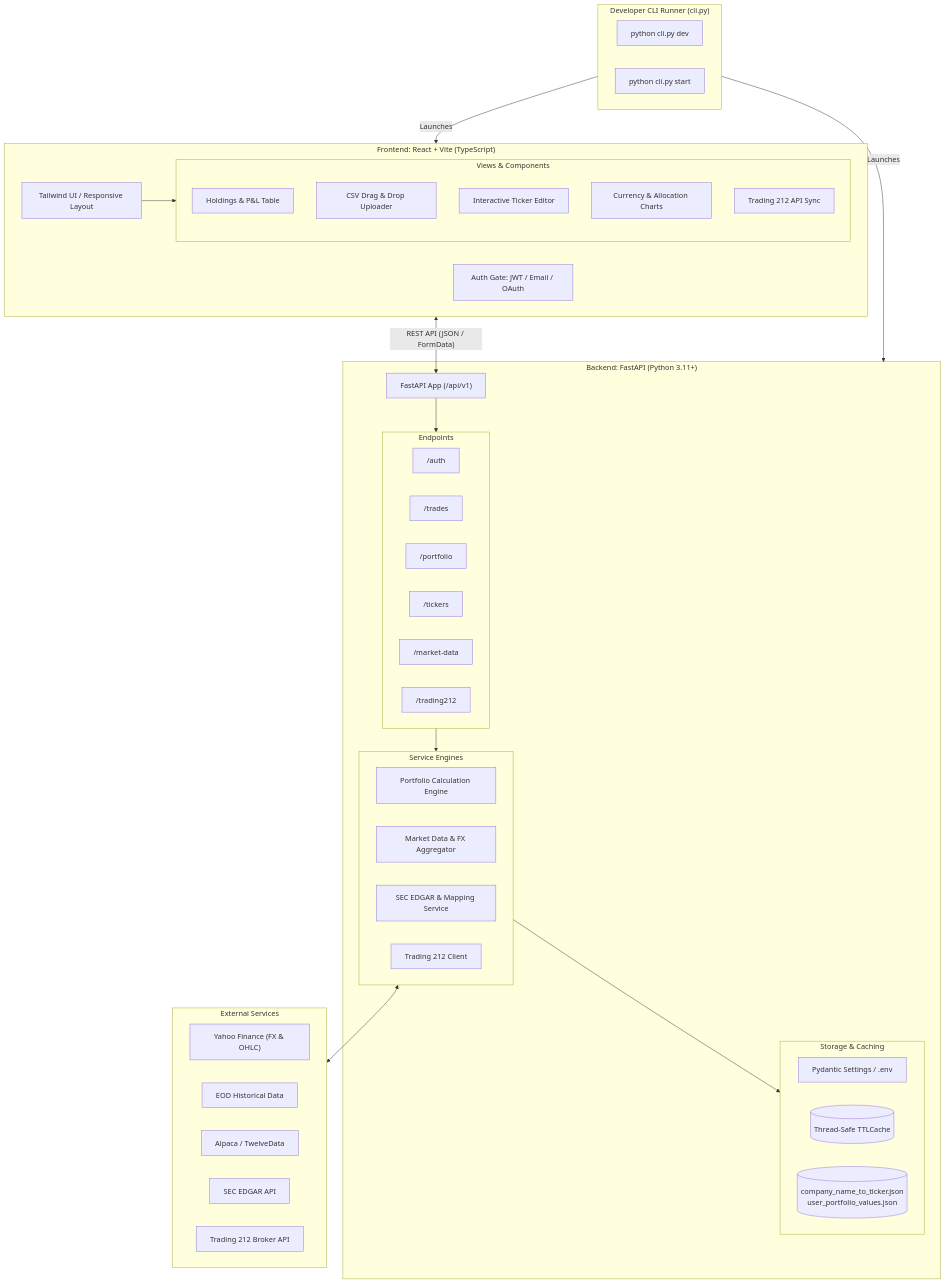
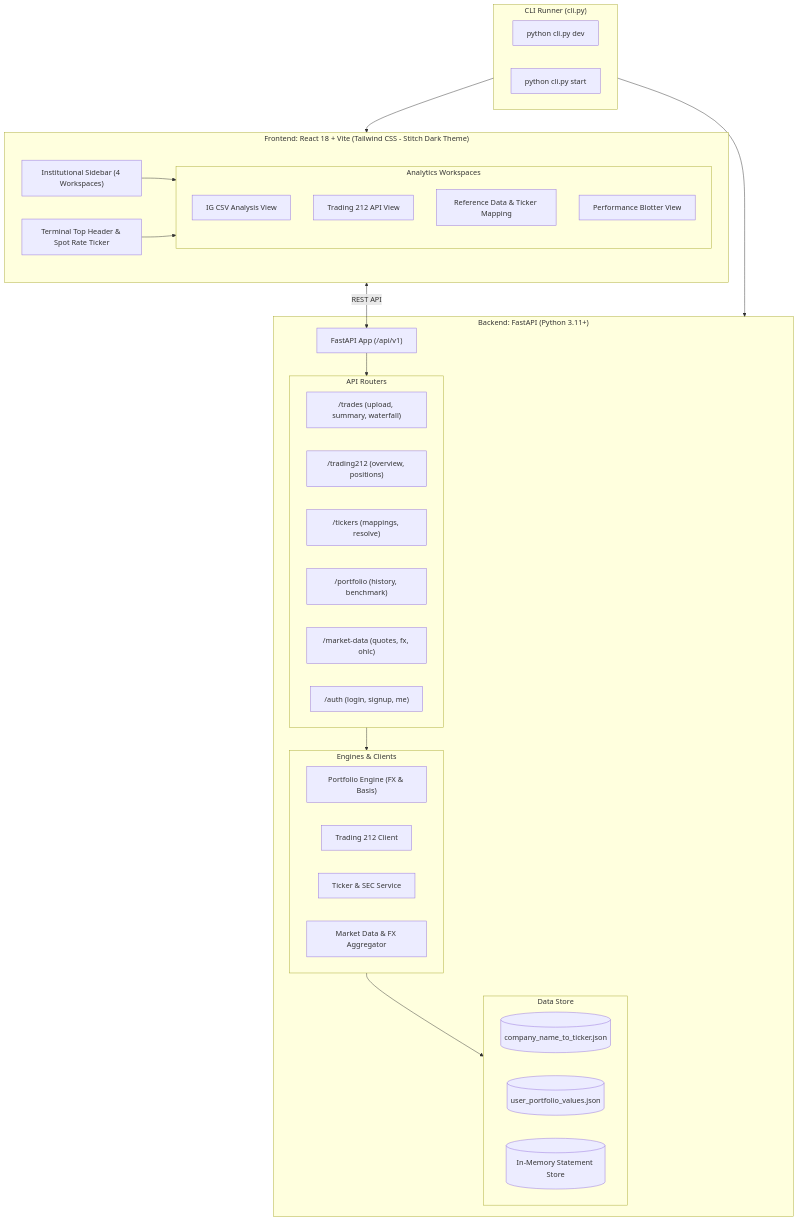
Before and after one commit to kaizhangyahoo/st-my-investment2: the diagram in README.md, drawn with Mermaid. The commit also changed other lines of this file and 19 other files, not shown here.

Commit message:
stitch react frontend update

````diff
--- a/README.md
+++ b/README.md
@@ -18,65 +50,56 @@
 ```mermaid
 flowchart TB
-    subgraph Client["Frontend: React + Vite (TypeScript)"]
-        UI["Tailwind UI / Responsive Layout"]
-        Auth["Auth Gate: JWT / Email / OAuth"]
+    subgraph Client["Frontend: React 18 + Vite (Tailwind CSS - Stitch Dark Theme)"]
+        Sidebar["Institutional Sidebar (4 Workspaces)"]
+        Header["Terminal Top Header & Spot Rate Ticker"]
         
-        subgraph Views["Views & Components"]
-            Holdings["Holdings & P&L Table"]
-            Upload["CSV Drag & Drop Uploader"]
-            Tickers["Interactive Ticker Editor"]
-            Charts["Currency & Allocation Charts"]
-            T212["Trading 212 API Sync"]
+        subgraph Workspaces["Analytics Workspaces"]
+            IGView["IG CSV Analysis View"]
+            T212View["Trading 212 API View"]
+            RefData["Reference Data & Ticker Mapping"]
+            PerfView["Performance Blotter View"]
         end
 
-        UI --> Views
+        Sidebar --> Workspaces
+        Header --> Workspaces
     end
 
-    subgraph CLI["Developer CLI Runner (cli.py)"]
+    subgraph CLI["CLI Runner (cli.py)"]
         DevCmd["python cli.py dev"]
         StartCmd["python cli.py start"]
     end
 
     subgraph Server["Backend: FastAPI (Python 3.11+)"]
         API["FastAPI App (/api/v1)"]
         
-        subgraph Endpoints["Endpoints"]
-            AuthEP["/auth"]
-            TradesEP["/trades"]
-            PortfolioEP["/portfolio"]
-            TickersEP["/tickers"]
-            MarketEP["/market-data"]
-            T212EP["/trading212"]
+        subgraph Endpoints["API Routers"]
+            TradesEP["/trades (upload, summary, waterfall)"]
+            T212EP["/trading212 (overview, positions)"]
+            TickersEP["/tickers (mappings, resolve)"]
+            PortfolioEP["/portfolio (history, benchmark)"]
+            MarketEP["/market-data (quotes, fx, ohlc)"]
+            AuthEP["/auth (login, signup, me)"]
         end
 
-        subgraph Services["Service Engines"]
-            Engine["Portfolio Calculation Engine"]
-            Market["Market Data & FX Aggregator"]
-            TickerSvc["SEC EDGAR & Mapping Service"]
+        subgraph Services["Engines & Clients"]
+            Engine["Portfolio Engine (FX & Basis)"]
             T212Svc["Trading 212 Client"]
+            TickerSvc["Ticker & SEC Service"]
+            MarketSvc["Market Data & FX Aggregator"]
         end
 
-        subgraph Storage["Storage & Caching"]
-            Config["Pydantic Settings / .env"]
-            Cache[("Thread-Safe TTLCache")]
-            JSONFiles[("company_name_to_ticker.json<br/>user_portfolio_values.json")]
+        subgraph Storage["Data Store"]
+            JSONMap[("company_name_to_ticker.json")]
+            JSONValues[("user_portfolio_values.json")]
+            MemStore[("In-Memory Statement Store")]
         end
 
         API --> Endpoints
         Endpoints --> Services
         Services --> Storage
     end
 
-    subgraph External["External Services"]
-        YF["Yahoo Finance (FX & OHLC)"]
-        EODHD["EOD Historical Data"]
-        Alpaca["Alpaca / TwelveData"]
-        SEC["SEC EDGAR API"]
-        T212Broker["Trading 212 Broker API"]
-    end
-
-    Client <-->|"REST API (JSON / FormData)"| API
-    CLI -->|"Launches"| Client
-    CLI -->|"Launches"| Server
-    Services <--> External
+    Client <-->|"REST API"| API
+    CLI --> Client
+    CLI --> Server
 ```
````
